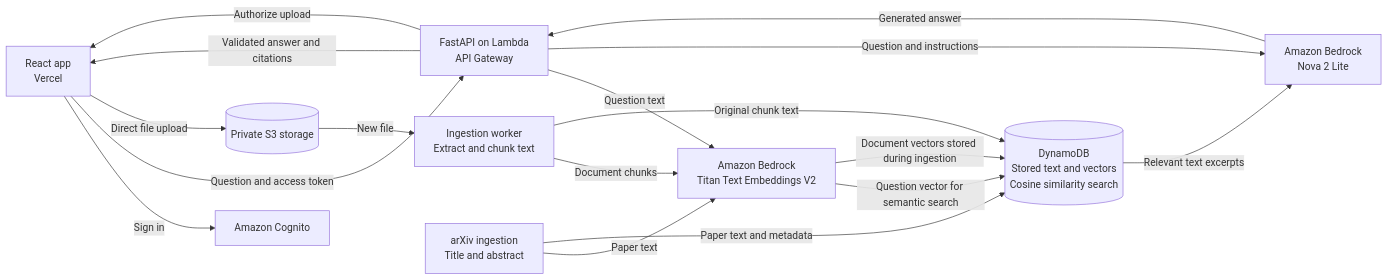
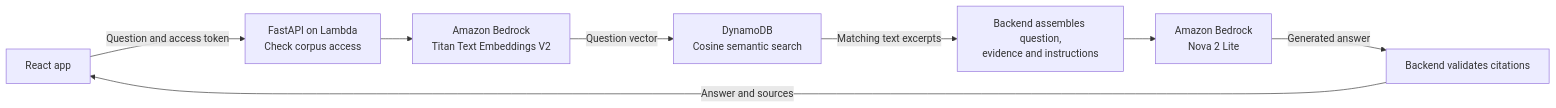
The second of 2 diagrams in README.md (sldude/research-agent), drawn with Mermaid before and after one commit. The commit also changed other lines of this file, not shown here.

Commit message:
updated README diagrams

````diff
--- a/README.md
+++ b/README.md
@@ -34,21 +85,10 @@
 ```mermaid
-%%{init: {"flowchart": {"useMaxWidth": true, "nodeSpacing": 45, "rankSpacing": 65}, "themeVariables": {"fontSize": "16px"}}}%%
 flowchart LR
-    UI["React app<br/>Vercel"] -->|Sign in| Auth[Amazon Cognito]
-    UI -->|Question and access token| API["FastAPI on Lambda<br/>API Gateway"]
-    API -->|Question text| Titan["Amazon Bedrock<br/>Titan Text Embeddings V2"]
-    Titan -->|Question vector for semantic search| DB[("DynamoDB<br/>Stored text and vectors<br/>Cosine similarity search")]
-    DB -->|Relevant text excerpts| Nova["Amazon Bedrock<br/>Nova 2 Lite"]
-    API -->|Question and instructions| Nova
-    Nova -->|Generated answer| API
-    API -->|Validated answer and citations| UI
-
-    API -->|Authorize upload| UI
-    UI -->|Direct file upload| S3[(Private S3 storage)]
-    S3 -->|New file| Worker["Ingestion worker<br/>Extract and chunk text"]
-    Worker -->|Document chunks| Titan
-    Arxiv["arXiv ingestion<br/>Title and abstract"] -->|Paper text| Titan
-    Titan -->|Document vectors stored during ingestion| DB
-    Worker -->|Original chunk text| DB
-    Arxiv -->|Paper text and metadata| DB
+    UI[React app] -->|Question and access token| API["FastAPI on Lambda<br/>Check corpus access"]
+    API --> Titan["Amazon Bedrock<br/>Titan Text Embeddings V2"]
+    Titan -->|Question vector| Search["DynamoDB<br/>Cosine semantic search"]
+    Search -->|Matching text excerpts| Context["Backend assembles question,<br/>evidence and instructions"]
+    Context --> Nova["Amazon Bedrock<br/>Nova 2 Lite"]
+    Nova -->|Generated answer| Validate[Backend validates citations]
+    Validate -->|Answer and sources| UI
 ```
````
